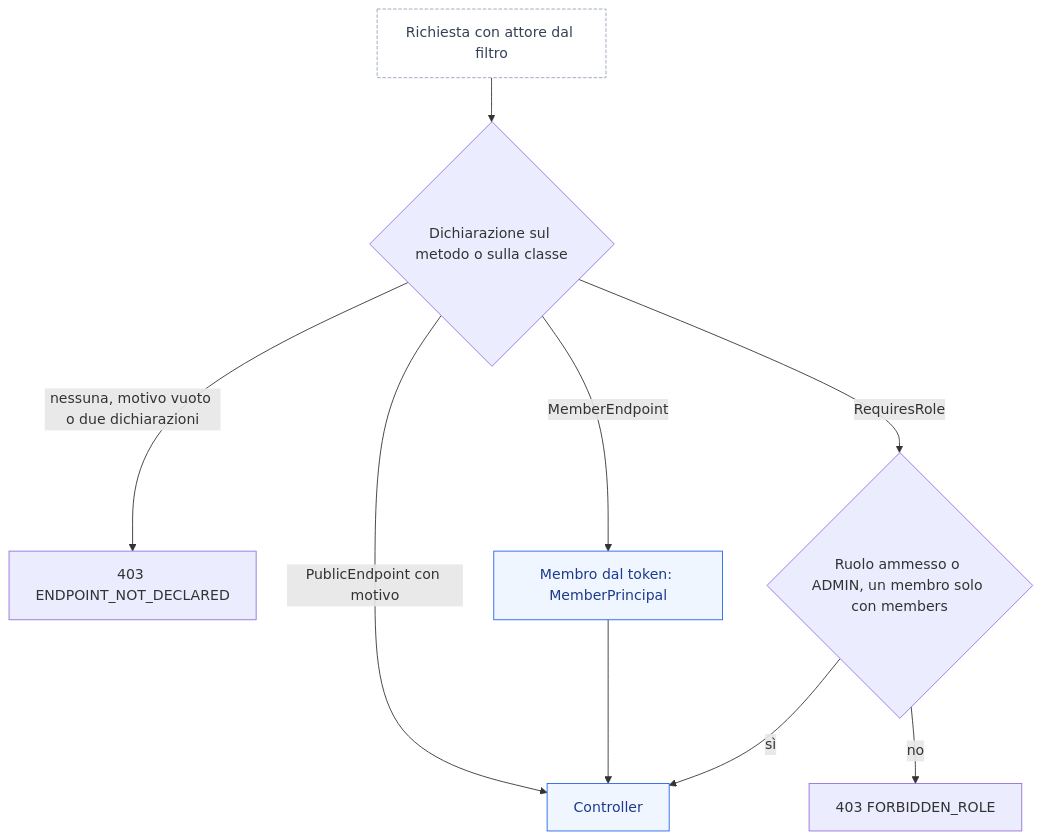
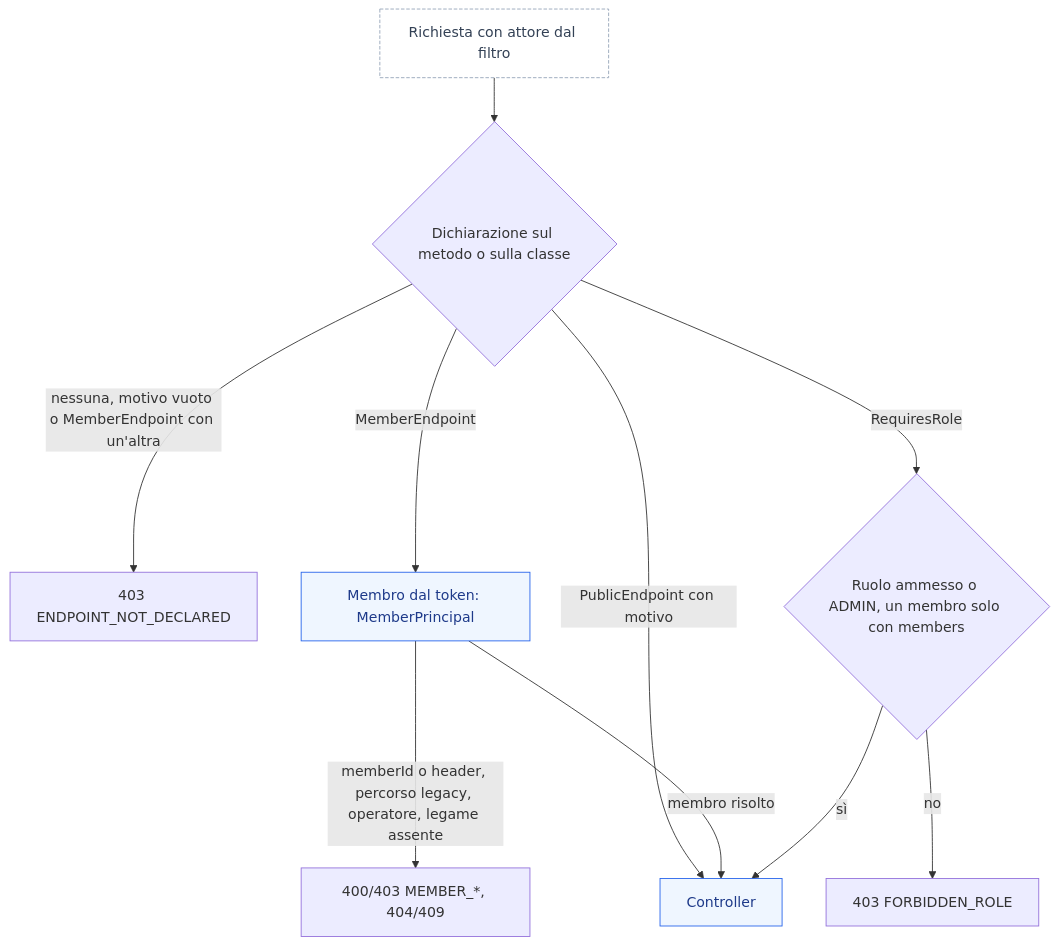
One commit to peppe-ruv/Loyalty_Sys changed the second of 3 diagrams in docs/06-CONVENZIONI-BACKEND.md. Above: the diagram before and after it, drawn with Mermaid. The commit also changed other lines of this file and 3 other files, not shown here.

````diff
--- a/docs/06-CONVENZIONI-BACKEND.md
+++ b/docs/06-CONVENZIONI-BACKEND.md
@@ -139,17 +139,18 @@
 ```mermaid
 flowchart TD
   accTitle: Deny by default sugli endpoint
-  accDescr: Per ogni richiesta a un controller del prodotto l'interceptor cerca la dichiarazione di accesso sul metodo e poi sulla classe; senza dichiarazione, con un motivo vuoto o con due dichiarazioni sullo stesso elemento risponde 403 ENDPOINT_NOT_DECLARED; con MemberEndpoint risolve il membro dal token e passa un MemberPrincipal al controller; con RequiresRole controlla il ruolo dell'attore, e un token di solo membro passa solo se l'elenco ammette i membri; con PublicEndpoint lascia passare.
+  accDescr: Per ogni richiesta a un controller del prodotto l'interceptor cerca la dichiarazione di accesso sul metodo e poi sulla classe; senza dichiarazione, con un motivo vuoto o con MemberEndpoint combinato con un'altra dichiarazione sullo stesso elemento risponde 403 ENDPOINT_NOT_DECLARED; con MemberEndpoint risolve il membro dal token e passa un MemberPrincipal al controller, oppure risponde 400 o 403 MEMBER_* o 404 o 409 se il membro non si può risolvere (id da parametri o header, percorso legacy, operatore, legame assente); con RequiresRole controlla il ruolo dell'attore, e un token di solo membro passa solo se l'elenco ammette i membri; con PublicEndpoint lascia passare.
   REQ[Richiesta con attore dal filtro] --> DECL{Dichiarazione sul metodo o sulla classe}
-  DECL -->|nessuna, motivo vuoto o due dichiarazioni| DENY[403 ENDPOINT_NOT_DECLARED]
+  DECL -->|nessuna, motivo vuoto o MemberEndpoint con un'altra| DENY[403 ENDPOINT_NOT_DECLARED]
   DECL -->|MemberEndpoint| MBR[Membro dal token: MemberPrincipal]
+  MBR -->|memberId o header, percorso legacy, operatore, legame assente| MERR["400/403 MEMBER_*, 404/409"]
   DECL -->|RequiresRole| ROLE{Ruolo ammesso o ADMIN, un membro solo con members}
   DECL -->|PublicEndpoint con motivo| CTRL[Controller]
-  MBR --> CTRL
+  MBR -->|membro risolto| CTRL
   ROLE -->|sì| CTRL
   ROLE -->|no| FORB[403 FORBIDDEN_ROLE]
   classDef svc fill:#EFF6FF,stroke:#2563EB,color:#1E3A8A
   classDef ext fill:#FFFFFF,stroke:#94A3B8,stroke-dasharray:4 2,color:#334155
   class CTRL,MBR svc
   class REQ ext
 ```
````
